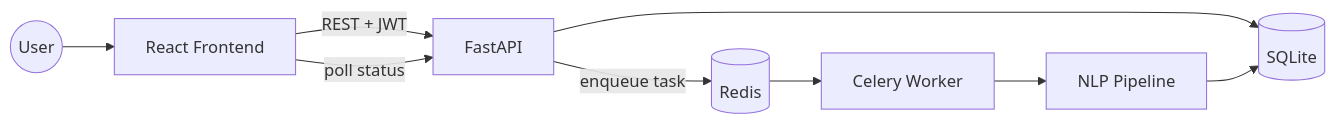
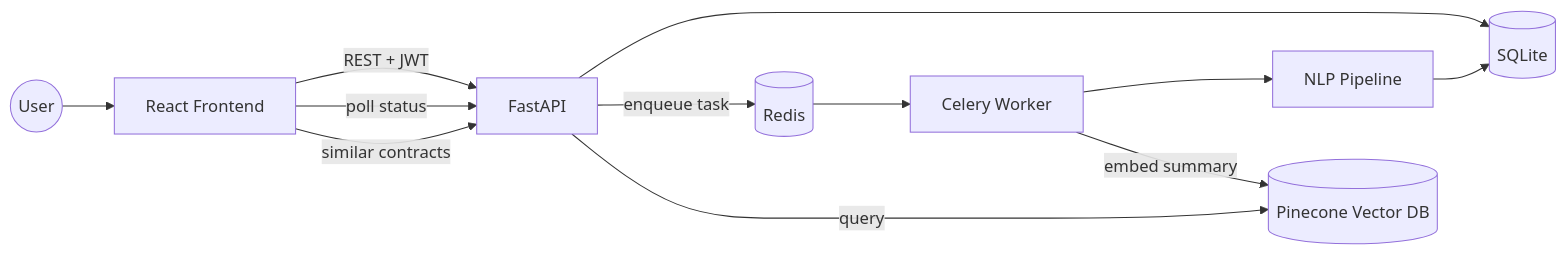
One commit to pragathi2006/ContractIQ changed the diagram in docs/ARCHITECTURE.md. Above: the diagram before and after it, drawn with Mermaid. The commit also changed other lines of this file and 6 other files, not shown here.

First line of the commit message:
Wire Pinecone semantic search into the app: Similar Contracts

````diff
--- a/docs/ARCHITECTURE.md
+++ b/docs/ARCHITECTURE.md
@@ -5,11 +5,14 @@
 ```mermaid
 flowchart LR
     User((User)) --> FE[React Frontend]
     FE -- REST + JWT --> API[FastAPI]
     API --> DB[(SQLite)]
     API -- enqueue task --> Redis[(Redis)]
     Redis --> Worker[Celery Worker]
     Worker --> NLP[NLP Pipeline]
     NLP --> DB
+    Worker -- embed summary --> Pinecone[(Pinecone Vector DB)]
     FE -- poll status --> API
+    FE -- similar contracts --> API
+    API -- query --> Pinecone
 ```
````
